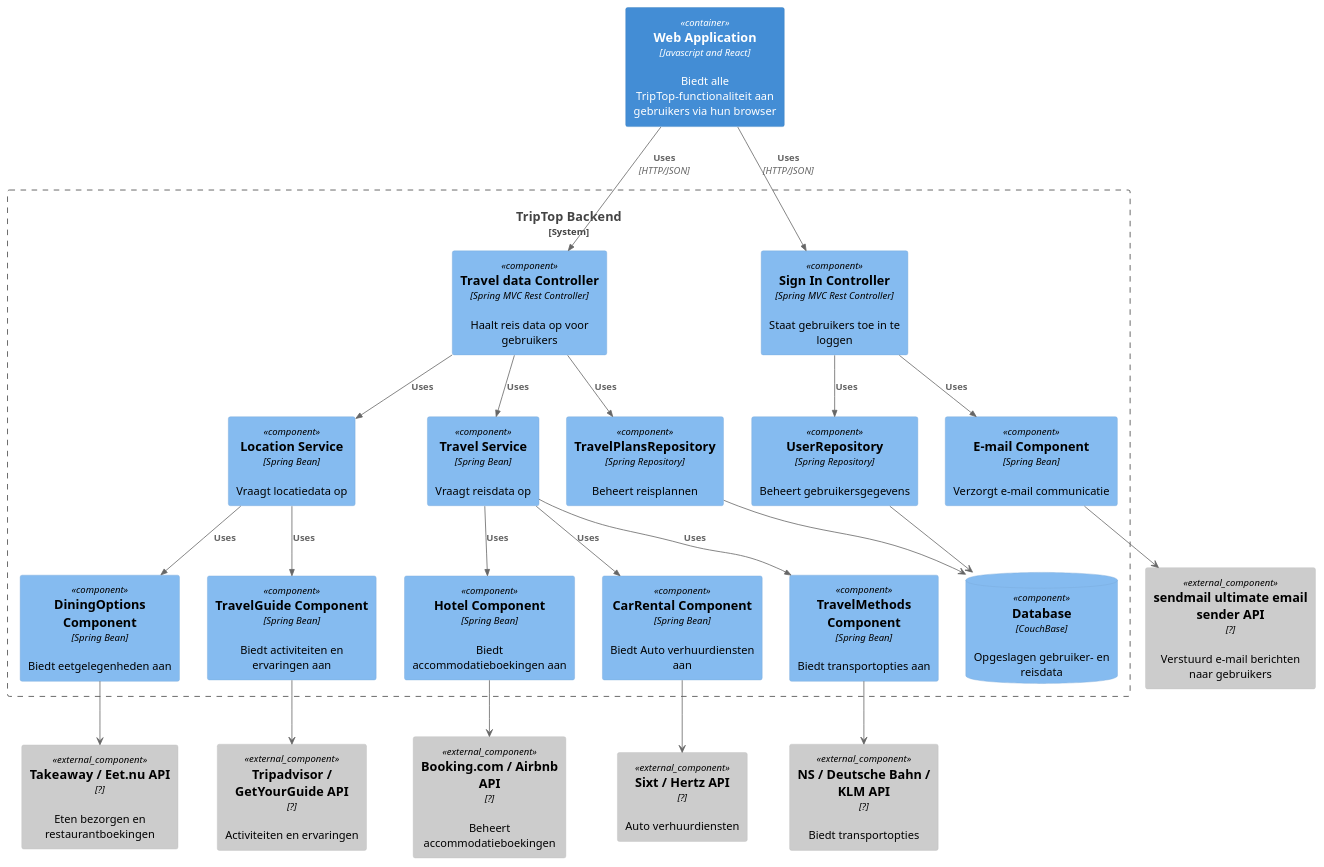
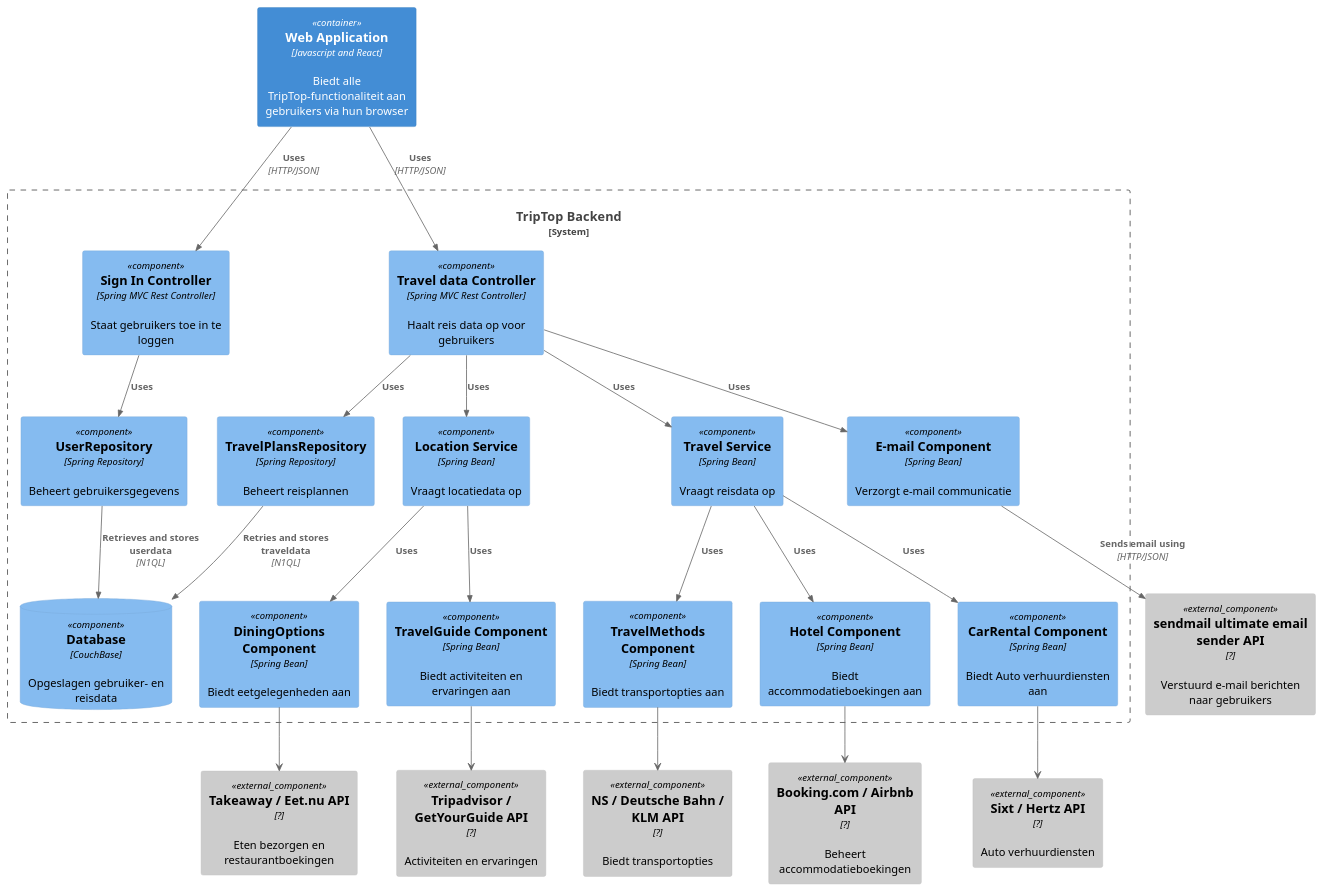
One commit to AIM-ENE-feb25/triptop-groep-3 changed the diagram in opdracht-diagrammen/C4 Component/Component Diagram Jordy.puml. Above: the diagram before and after it, drawn with PlantUML.

Commit message:
Component Add Relations

```diff
--- a/opdracht-diagrammen/C4 Component/Component Diagram Jordy.puml
+++ b/opdracht-diagrammen/C4 Component/Component Diagram Jordy.puml
@@ -1,55 +1,53 @@
 @startuml
 !include https://raw.githubusercontent.com/plantuml-stdlib/C4-PlantUML/master/C4_Component.puml
 
 top to bottom direction
 
 System_Boundary(TripTop, "TripTop Backend", $link="https://github.com/plantuml-stdlib/C4-PlantUML") {
 Component(SignIn, Sign In Controller, Spring MVC Rest Controller, Staat gebruikers toe in te loggen)
 Component(TravelData, Travel data Controller, Spring MVC Rest Controller, Haalt reis data op voor gebruikers)
 Component(TravelService, Travel Service, Spring Bean, Vraagt reisdata op)
 Component(LocationService, Location Service, Spring Bean, Vraagt locatiedata op)
 Component(UserRepo, UserRepository, Spring Repository, Beheert gebruikersgegevens)
 Component(PlansRepo, TravelPlansRepository, Spring Repository, Beheert reisplannen)
 ComponentDb(DB, Database, CouchBase, Opgeslagen gebruiker- en reisdata)
 Component(Email, E-mail Component, Spring Bean, Verzorgt e-mail communicatie)
 Component(TravelMethods, TravelMethods Component, Spring Bean, Biedt transportopties aan)
 Component(DiningOptions, DiningOptions Component, Spring Bean, Biedt eetgelegenheden aan)
 Component(Hotel, Hotel Component, Spring Bean, Biedt accommodatieboekingen aan)
 Component(CarRental, CarRental Component, Spring Bean, Biedt Auto verhuurdiensten aan)
 Component(TravelGuide, TravelGuide Component, Spring Bean, Biedt activiteiten en ervaringen aan)
 }
 
 Container(WebApp, Web Application, Javascript and React, Biedt alle TripTop-functionaliteit aan gebruikers via hun browser)
 Component_Ext(BookingAPI, "Booking.com / Airbnb API", ? ,"Beheert accommodatieboekingen")
 Component_Ext(TransportAPI, "NS / Deutsche Bahn / KLM API", ? ,"Biedt transportopties")
 Component_Ext(RentalAPI, Sixt / Hertz API, ? ,"Auto verhuurdiensten")
 Component_Ext(GuideAPI, Tripadvisor / GetYourGuide API, ? ,"Activiteiten en ervaringen")
 Component_Ext(DiningAPI, Takeaway / Eet.nu API, ? ,"Eten bezorgen en restaurantboekingen")
 'Component_Ext(LoginProvider, "Google / Microsoft / Airbnb Login Provider", ?, "Beheert authenticatie en inloggen van gebruikers")
 Component_Ext(EmailProvider, "sendmail ultimate email sender API", ?, "Verstuurd e-mail berichten naar gebruikers")
 
 Rel(WebApp, SignIn, Uses, HTTP/JSON)
 Rel(WebApp, TravelData, Uses, HTTP/JSON)
-Rel(SignIn, Email, Uses)
 Rel(SignIn, UserRepo, Uses)
+Rel(TravelData, Email, Uses)
 Rel(TravelData, TravelService, Uses)
 Rel(TravelData, LocationService, Uses)
 Rel(TravelData, PlansRepo, Uses)
 Rel(TravelService, Hotel, Uses)
 Rel(TravelService, CarRental, Uses)
 Rel(LocationService, TravelGuide, Uses)
 Rel(TravelService, TravelMethods, Uses)
 Rel(LocationService, DiningOptions, Uses)
-
-
-UserRepo --> DB
-PlansRepo --> DB
+Rel(UserRepo, DB, Retrieves and stores userdata, N1QL)
+Rel(PlansRepo, DB, Retries and stores traveldata, N1QL)
+Rel(Email, EmailProvider, Sends email using, HTTP/JSON)
 
 TravelMethods --> TransportAPI
 CarRental --> RentalAPI
 DiningOptions --> DiningAPI
 Hotel --> BookingAPI
 TravelGuide --> GuideAPI
 'SignIn --> LoginProvider
-Email --> EmailProvider
 @enduml
```
